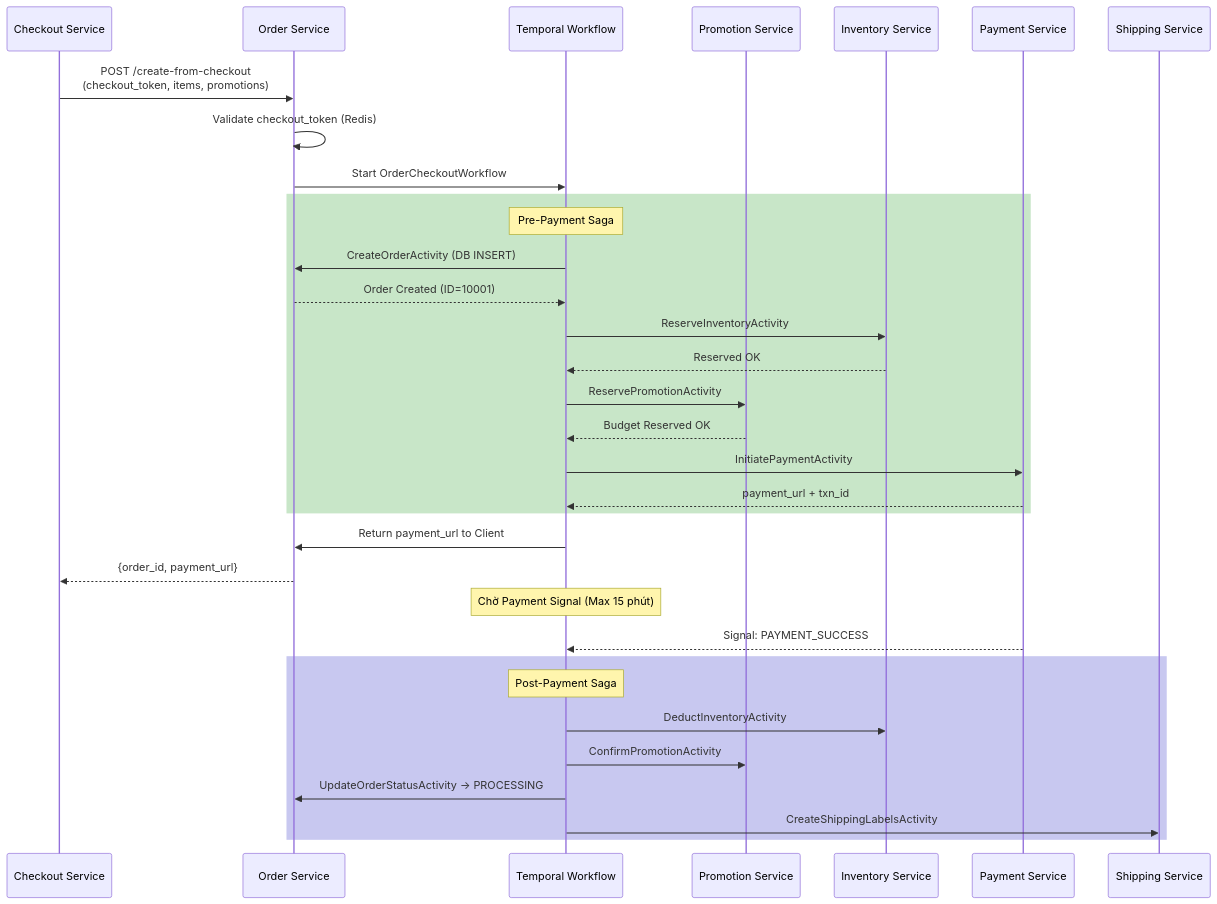
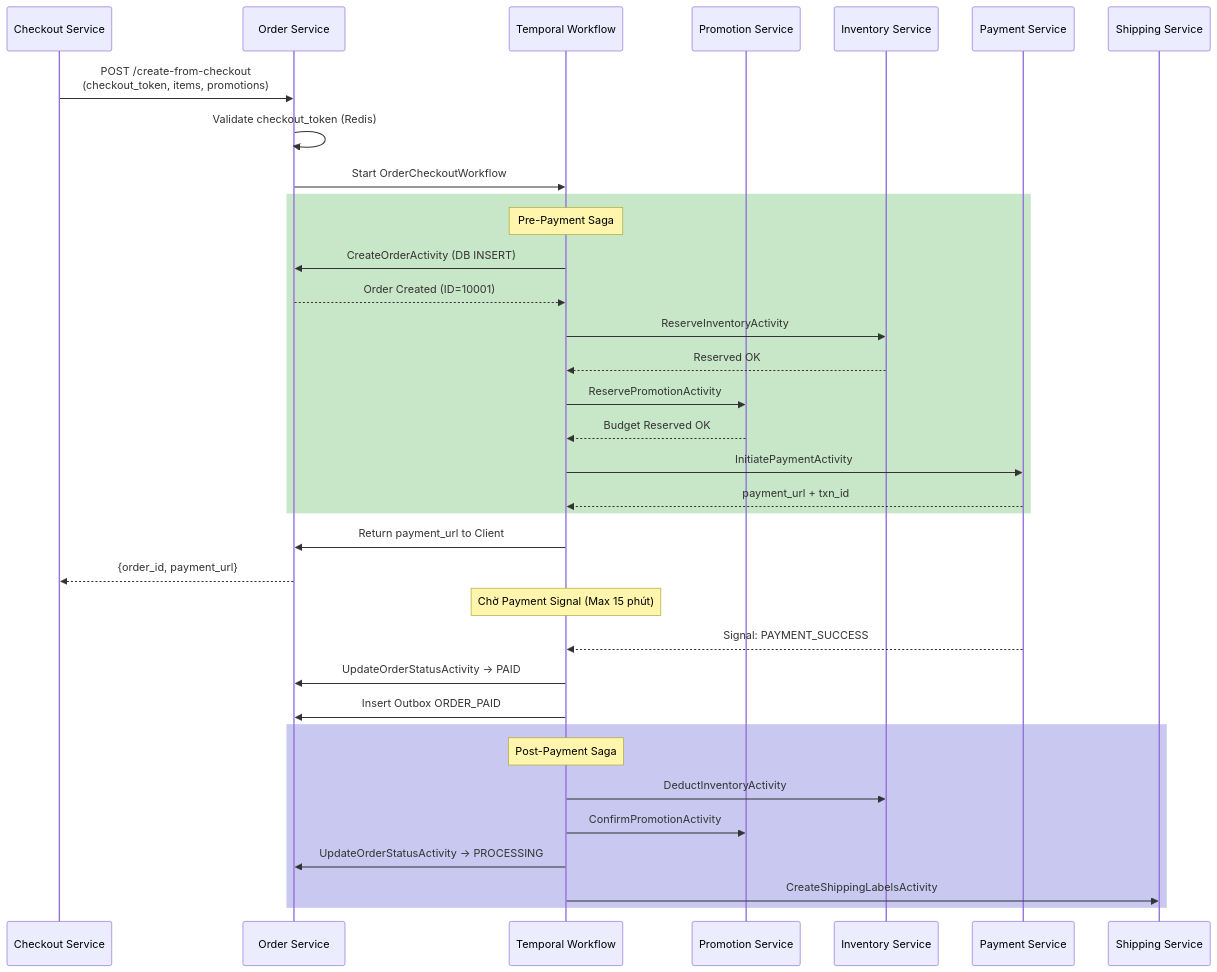
Before and after one commit to quangdung2110/e-commerce-microservices: the diagram in docs/order/order_workflow.md, drawn with Mermaid. The commit also changed other lines of this file and 8 other files, not shown here.

````diff
--- a/docs/order/order_workflow.md
+++ b/docs/order/order_workflow.md
@@ -137,40 +198,42 @@
 ```mermaid
 sequenceDiagram
     participant CK as Checkout Service
     participant OS as Order Service
     participant TW as Temporal Workflow
     participant PM as Promotion Service
     participant IV as Inventory Service
     participant PY as Payment Service
     participant SH as Shipping Service
 
     CK->>OS: POST /create-from-checkout<br>(checkout_token, items, promotions)
     OS->>OS: Validate checkout_token (Redis)
     OS->>TW: Start OrderCheckoutWorkflow
 
     rect rgb(200, 230, 200)
     Note over TW: Pre-Payment Saga
     TW->>OS: CreateOrderActivity (DB INSERT)
     OS-->>TW: Order Created (ID=10001)
    TW->>IV: ReserveInventoryActivity
    IV-->>TW: Reserved OK
    TW->>PM: ReservePromotionActivity
    PM-->>TW: Budget Reserved OK
     TW->>PY: InitiatePaymentActivity
     PY-->>TW: payment_url + txn_id
     end
 
     TW->>OS: Return payment_url to Client
     OS-->>CK: {order_id, payment_url}
 
     Note over TW: Chờ Payment Signal (Max 15 phút)
     PY-->>TW: Signal: PAYMENT_SUCCESS
+   TW->>OS: UpdateOrderStatusActivity → PAID
+   TW->>OS: Insert Outbox ORDER_PAID
 
     rect rgb(200, 200, 240)
     Note over TW: Post-Payment Saga
     TW->>IV: DeductInventoryActivity
     TW->>PM: ConfirmPromotionActivity
     TW->>OS: UpdateOrderStatusActivity → PROCESSING
    TW->>SH: CreateShippingLabelsActivity
     end
 ```
````
